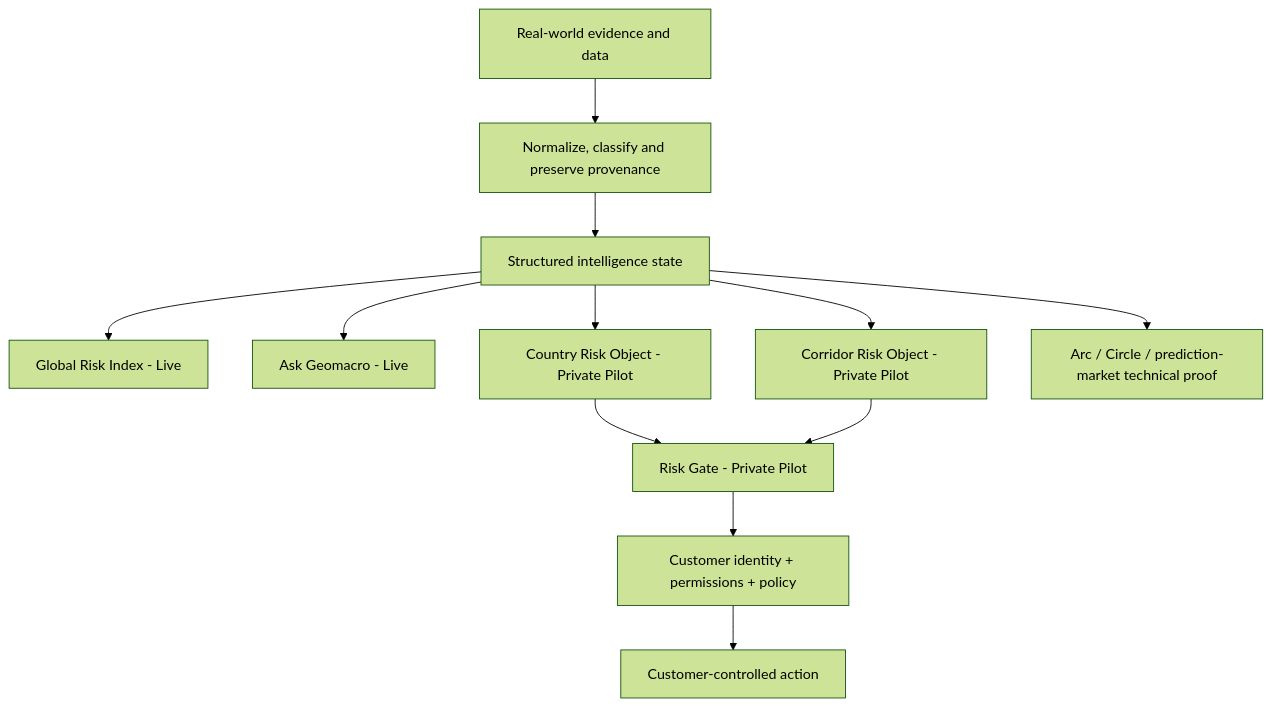
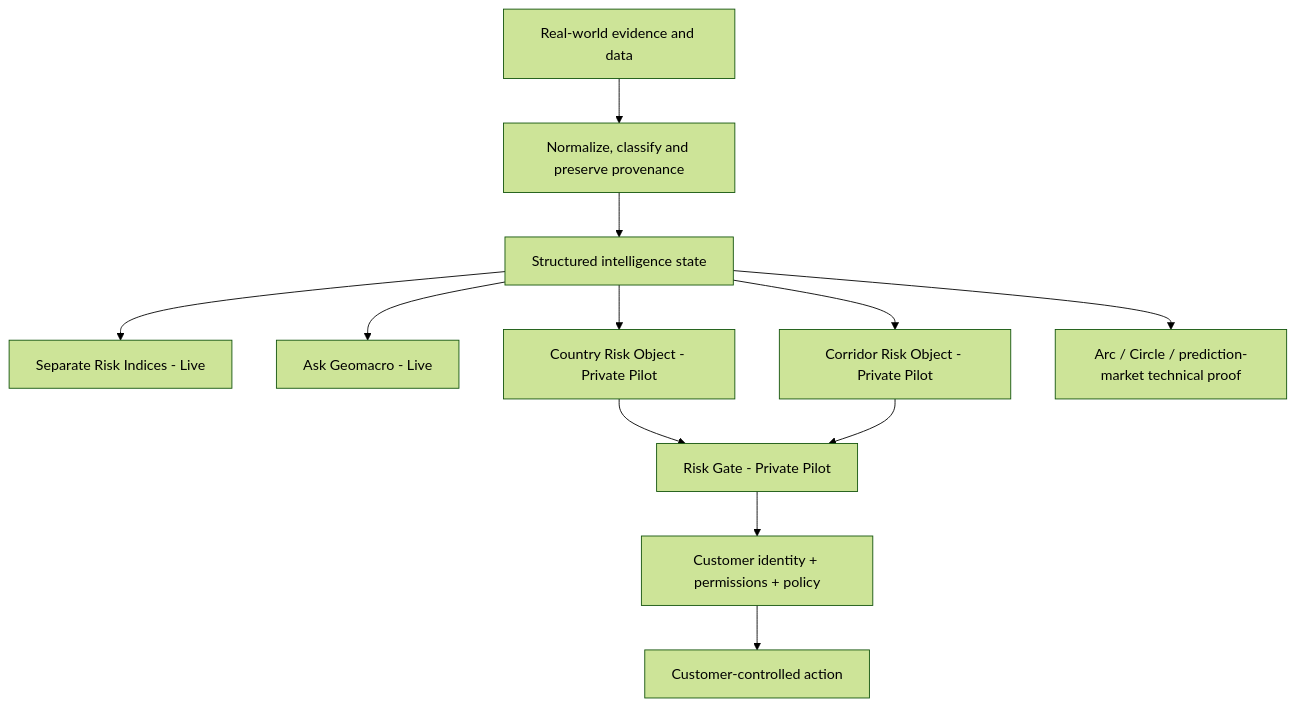
One commit to blocknine0/geomacro changed the first of 3 diagrams in README.md. Above: the diagram before and after it, drawn with Mermaid (forest theme). The commit also changed other lines of this file, not shown here.

````diff
--- a/README.md
+++ b/README.md
@@ -39,14 +43,14 @@
 ```mermaid
 graph TD;
     SOURCES["Real-world evidence and data"] --> STRUCTURE["Normalize, classify and preserve provenance"];
     STRUCTURE --> EVENTS["Structured intelligence state"];
-    EVENTS --> GRI["Global Risk Index - Live"];
+    EVENTS --> INDICES["Separate Risk Indices - Live"];
     EVENTS --> ASK["Ask Geomacro - Live"];
     EVENTS --> COUNTRY["Country Risk Object - Private Pilot"];
     EVENTS --> CORRIDOR["Corridor Risk Object - Private Pilot"];
     COUNTRY --> GATE["Risk Gate - Private Pilot"];
     CORRIDOR --> GATE;
     GATE --> POLICY["Customer identity + permissions + policy"];
     POLICY --> ACTION["Customer-controlled action"];
     EVENTS --> TECH["Arc / Circle / prediction-market technical proof"];
 ```
````
